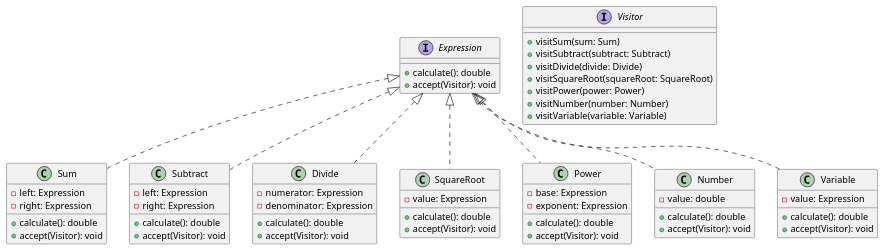
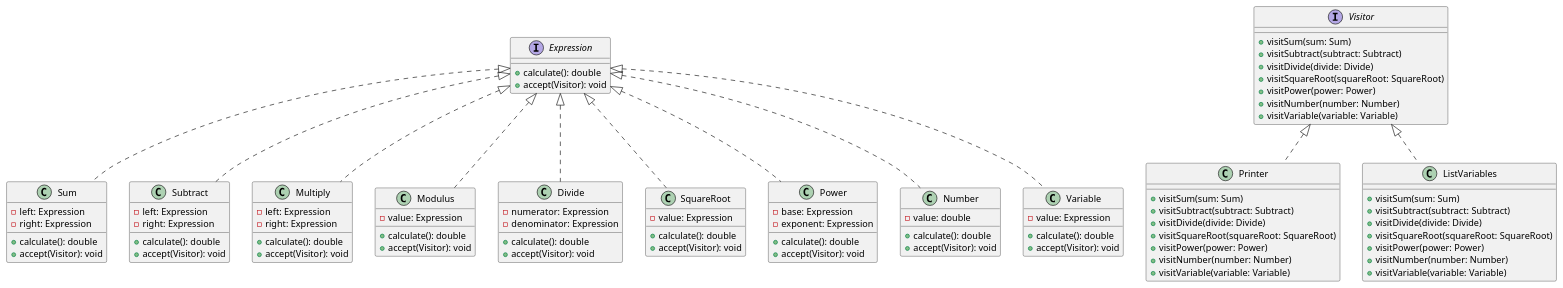
One commit to austral-ingsis-classroom/formula-ManuLosta changed the diagram in diagram.puml. Above: the diagram before and after it, drawn with PlantUML. The commit also changed 8 other files, not shown here.

```diff
--- a/diagram.puml
+++ b/diagram.puml
@@ -1,65 +1,97 @@
 @startuml
 
 interface Expression {
     + calculate(): double
     + accept(Visitor): void
 }
 
 class Sum implements Expression {
     - left: Expression
     - right: Expression
     + calculate(): double
     + accept(Visitor): void
 }
 
 class Subtract implements Expression {
     - left: Expression
     - right: Expression
+    + calculate(): double
+    + accept(Visitor): void
+}
+
+class Multiply implements Expression {
+    - left: Expression
+    - right: Expression
+    + calculate(): double
+    + accept(Visitor): void
+}
+
+class Modulus implements Expression {
+    - value: Expression
     + calculate(): double
     + accept(Visitor): void
 }
 
 class Divide implements Expression {
     - numerator: Expression
     - denominator: Expression
     + calculate(): double
     + accept(Visitor): void
 }
 
 class SquareRoot implements Expression {
     - value: Expression
     + calculate(): double
     + accept(Visitor): void
 }
 
 class Power implements Expression {
     - base: Expression
     - exponent: Expression
     + calculate(): double
     + accept(Visitor): void
 }
 
 class Number implements Expression {
     - value: double
     + calculate(): double
     + accept(Visitor): void
    }
 
 class Variable implements Expression {
     - value: Expression
     + calculate(): double
     + accept(Visitor): void
 }
 
 interface Visitor {
     + visitSum(sum: Sum)
     + visitSubtract(subtract: Subtract)
     + visitDivide(divide: Divide)
     + visitSquareRoot(squareRoot: SquareRoot)
     + visitPower(power: Power)
     + visitNumber(number: Number)
     + visitVariable(variable: Variable)
 }
 
+class Printer implements Visitor {
+    + visitSum(sum: Sum)
+    + visitSubtract(subtract: Subtract)
+    + visitDivide(divide: Divide)
+    + visitSquareRoot(squareRoot: SquareRoot)
+    + visitPower(power: Power)
+    + visitNumber(number: Number)
+    + visitVariable(variable: Variable)
+}
+
+class ListVariables implements Visitor {
+    + visitSum(sum: Sum)
+    + visitSubtract(subtract: Subtract)
+    + visitDivide(divide: Divide)
+    + visitSquareRoot(squareRoot: SquareRoot)
+    + visitPower(power: Power)
+    + visitNumber(number: Number)
+    + visitVariable(variable: Variable)
+}
 
 @enduml
```
